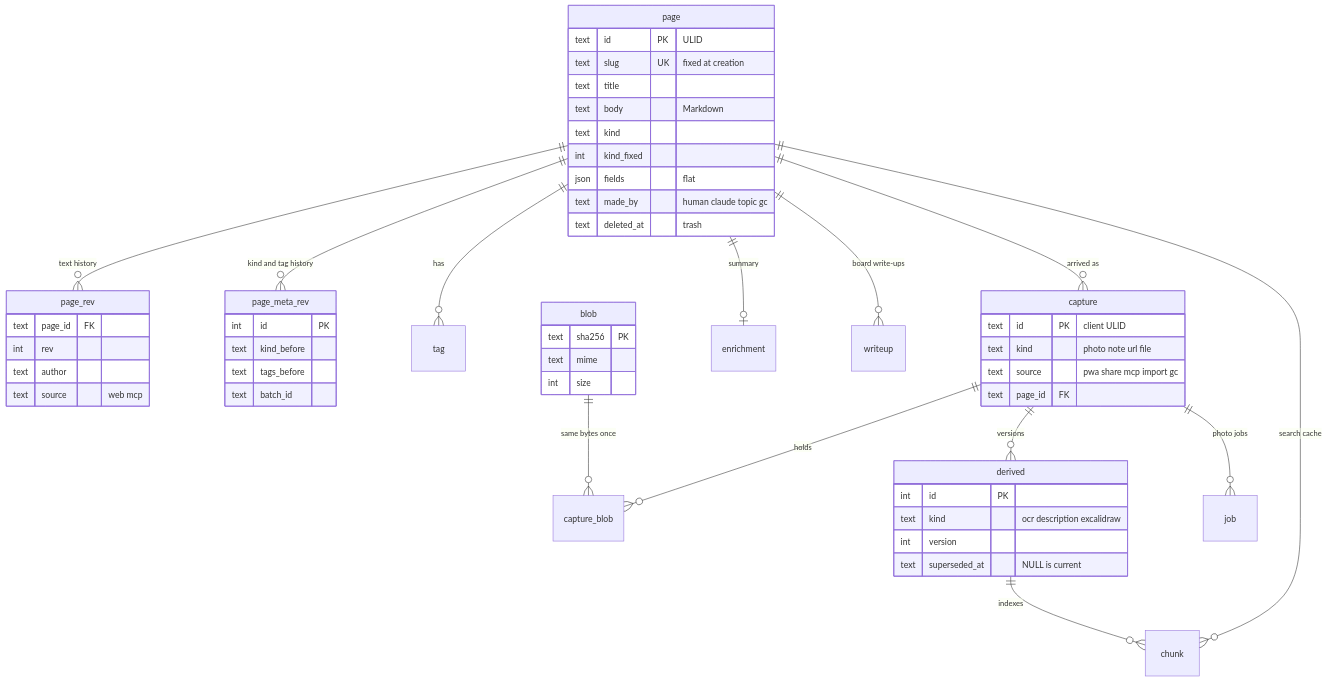
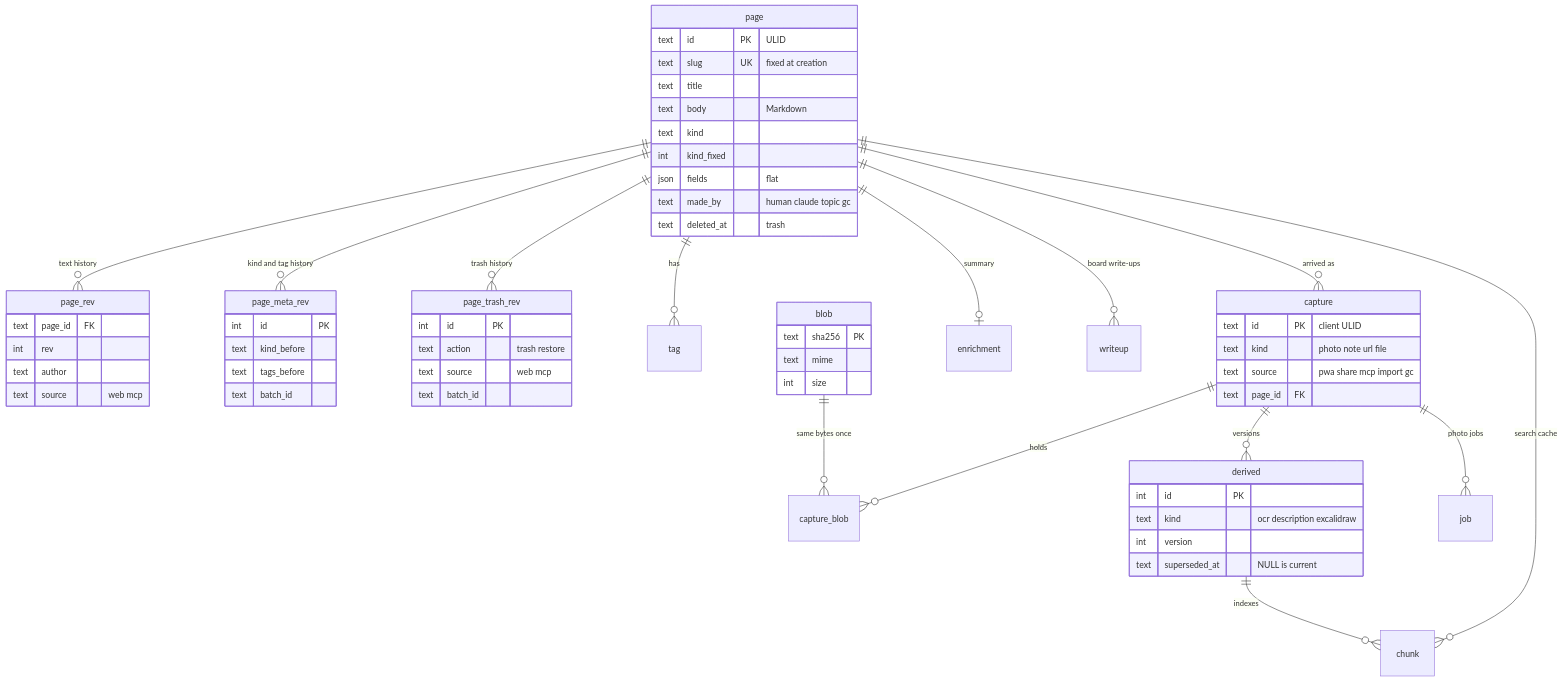
Before and after one commit to gilesknap/scrap: the first of 5 diagrams in docs/explanations/architecture/data-model.md, drawn with Mermaid. The commit also changed other lines of this file and 20 other files, not shown here.

First line of the commit message:
MCP: let Claude move pages to the trash (soft delete)

````diff
--- a/docs/explanations/architecture/data-model.md
+++ b/docs/explanations/architecture/data-model.md
@@ -15,55 +15,62 @@
 ```mermaid
 erDiagram
     page ||--o{ page_rev : "text history"
     page ||--o{ page_meta_rev : "kind and tag history"
+    page ||--o{ page_trash_rev : "trash history"
     page ||--o{ tag : has
     page ||--o{ capture : "arrived as"
     page ||--o| enrichment : "summary"
     page ||--o{ writeup : "board write-ups"
     page ||--o{ chunk : "search cache"
     capture ||--o{ capture_blob : holds
     blob ||--o{ capture_blob : "same bytes once"
     capture ||--o{ derived : "versions"
     capture ||--o{ job : "photo jobs"
     derived ||--o{ chunk : indexes
     page {
         text id PK "ULID"
         text slug UK "fixed at creation"
         text title
         text body "Markdown"
         text kind
         int kind_fixed
         json fields "flat"
         text made_by "human claude topic gc"
         text deleted_at "trash"
     }
     blob {
         text sha256 PK
         text mime
         int size
     }
     capture {
         text id PK "client ULID"
         text kind "photo note url file"
         text source "pwa share mcp import gc"
         text page_id FK
     }
     derived {
         int id PK
         text kind "ocr description excalidraw"
         int version
         text superseded_at "NULL is current"
     }
     page_rev {
         text page_id FK
         int rev
         text author
         text source "web mcp"
     }
     page_meta_rev {
         int id PK
         text kind_before
         text tags_before
         text batch_id
     }
+    page_trash_rev {
+        int id PK
+        text action "trash restore"
+        text source "web mcp"
+        text batch_id
+    }
 ```
````
